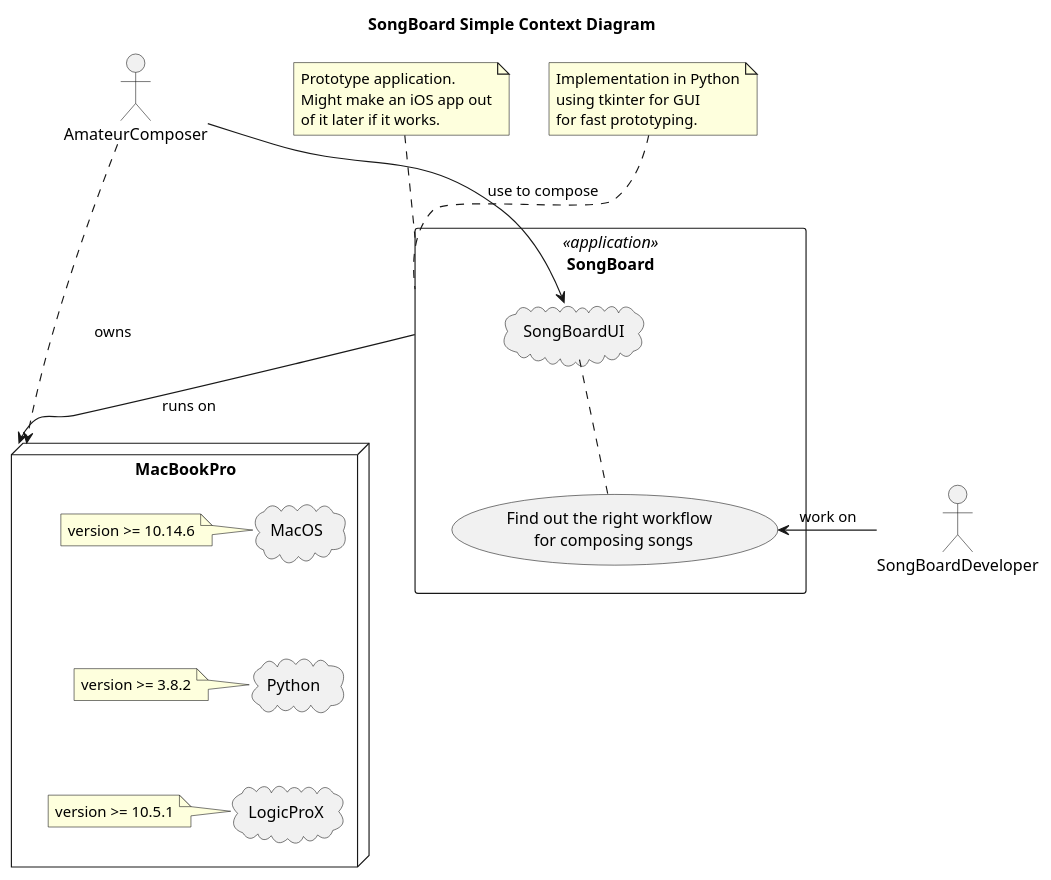
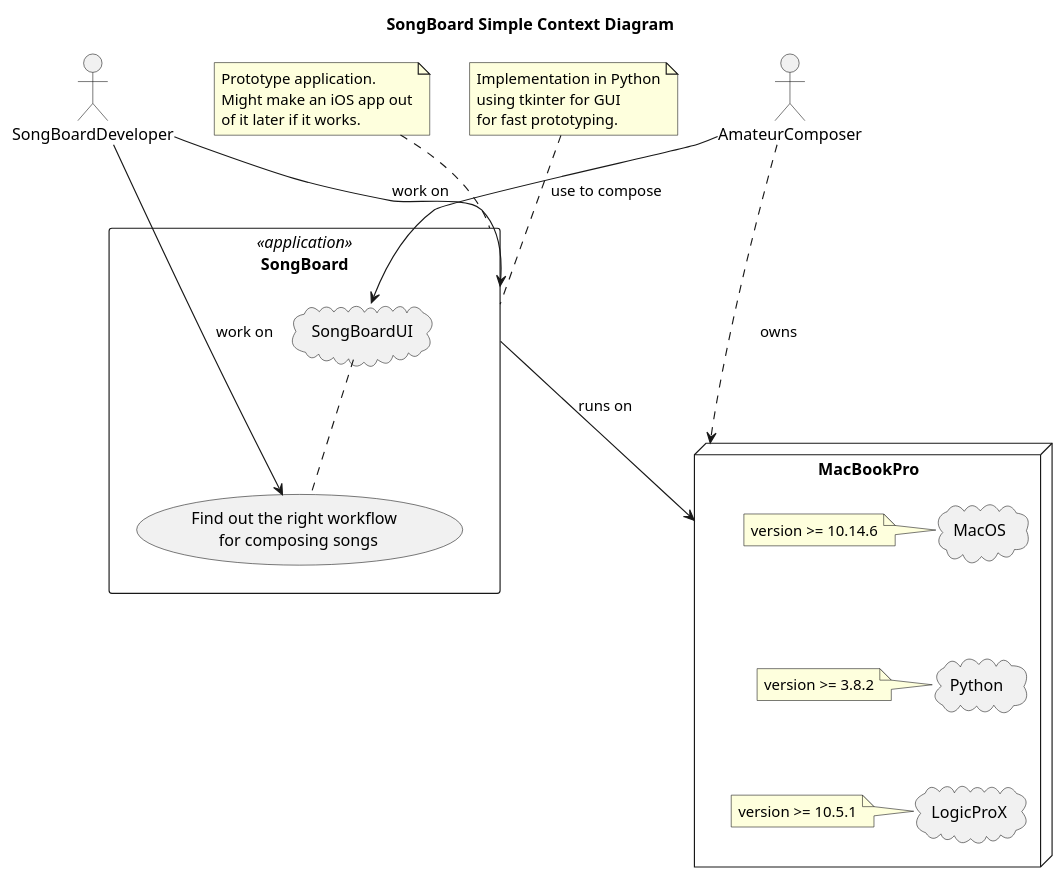
The diagram in arch/01_context/SongBoard_Context_simple.puml (DrMarkusVoss/SongBoard), drawn with PlantUML before and after one commit. The commit also changed 3 other files, not shown here.

Commit message:
small update of arch diagrams and documentation

```diff
--- a/arch/01_context/SongBoard_Context_simple.puml
+++ b/arch/01_context/SongBoard_Context_simple.puml
@@ -1,55 +1,56 @@
 @startuml
 
 skinparam componentStyle uml2
 
 title SongBoard Simple Context Diagram
 
 
 :AmateurComposer: as ac
 :SongBoardDeveloper: as sd
 
  
 rectangle "SongBoard" <<application>> as sb {
     cloud SongBoardUI { 
     } 
     (Find out the right workflow \n for composing songs) as ucdw
     SongBoardUI .. ucdw
 } 
 
 note top of sb
     Prototype application.
     Might make an iOS app out
     of it later if it works.
 end note
 
 note top of sb
     Implementation in Python
     using tkinter for GUI 
     for fast prototyping.
 end note
 
 node MacBookPro {
 cloud MacOS {
 }
  note left of MacOS : version >= 10.14.6
 
 cloud Python {
  }
  note left of Python: version >= 3.8.2
 
 cloud LogicProX as lpx {
  }
  note left of lpx: version >= 10.5.1
 
 } 
 
 MacOS -[hidden]-> Python
 Python -[hidden]-> lpx
 
 ac --> SongBoardUI : use to compose
 sb -down-> MacBookPro: runs on
 ac ..> MacBookPro : owns
 
 sd -r-> ucdw : work on
+sd --> sb : work on
 
 @enduml
```
